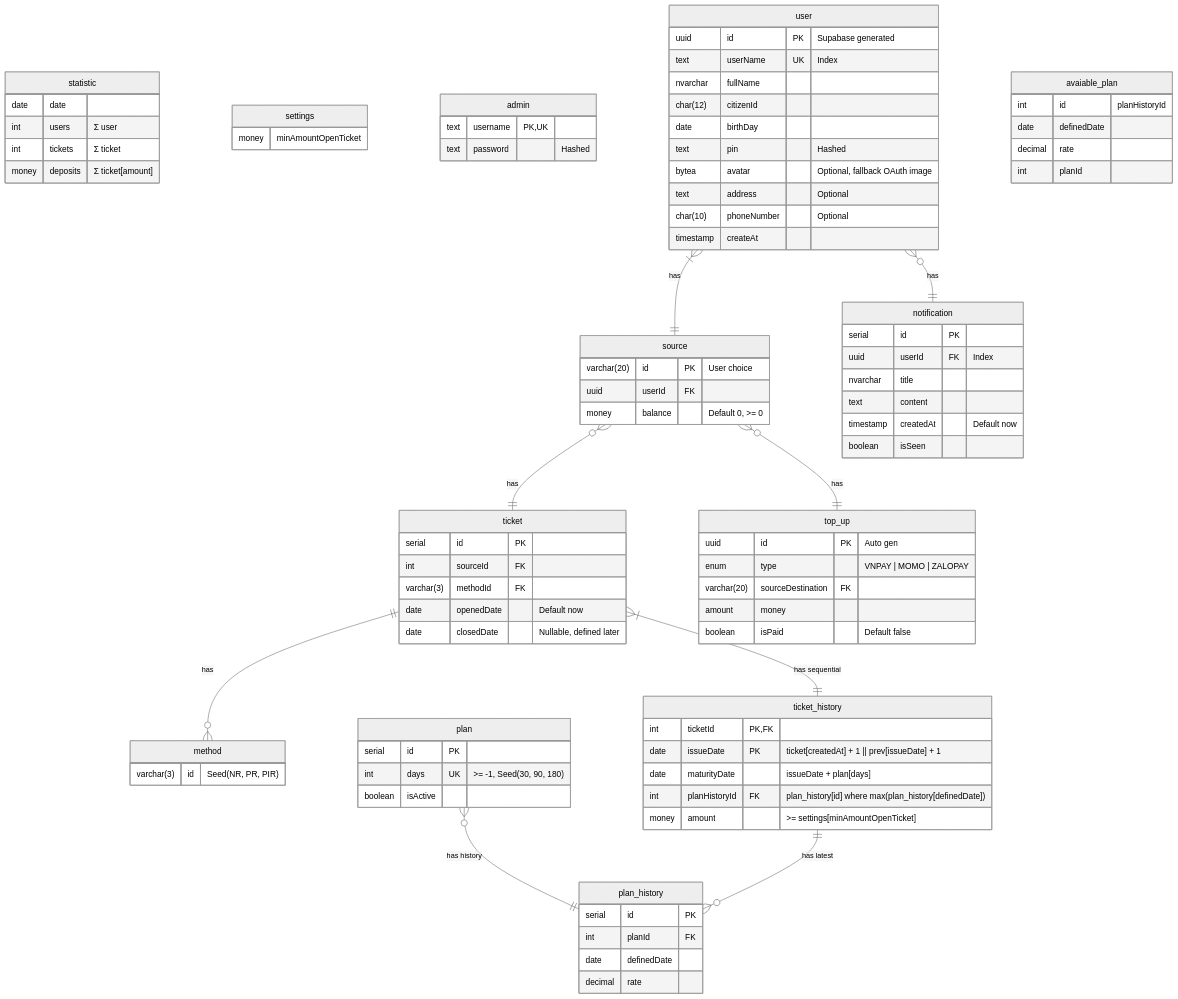
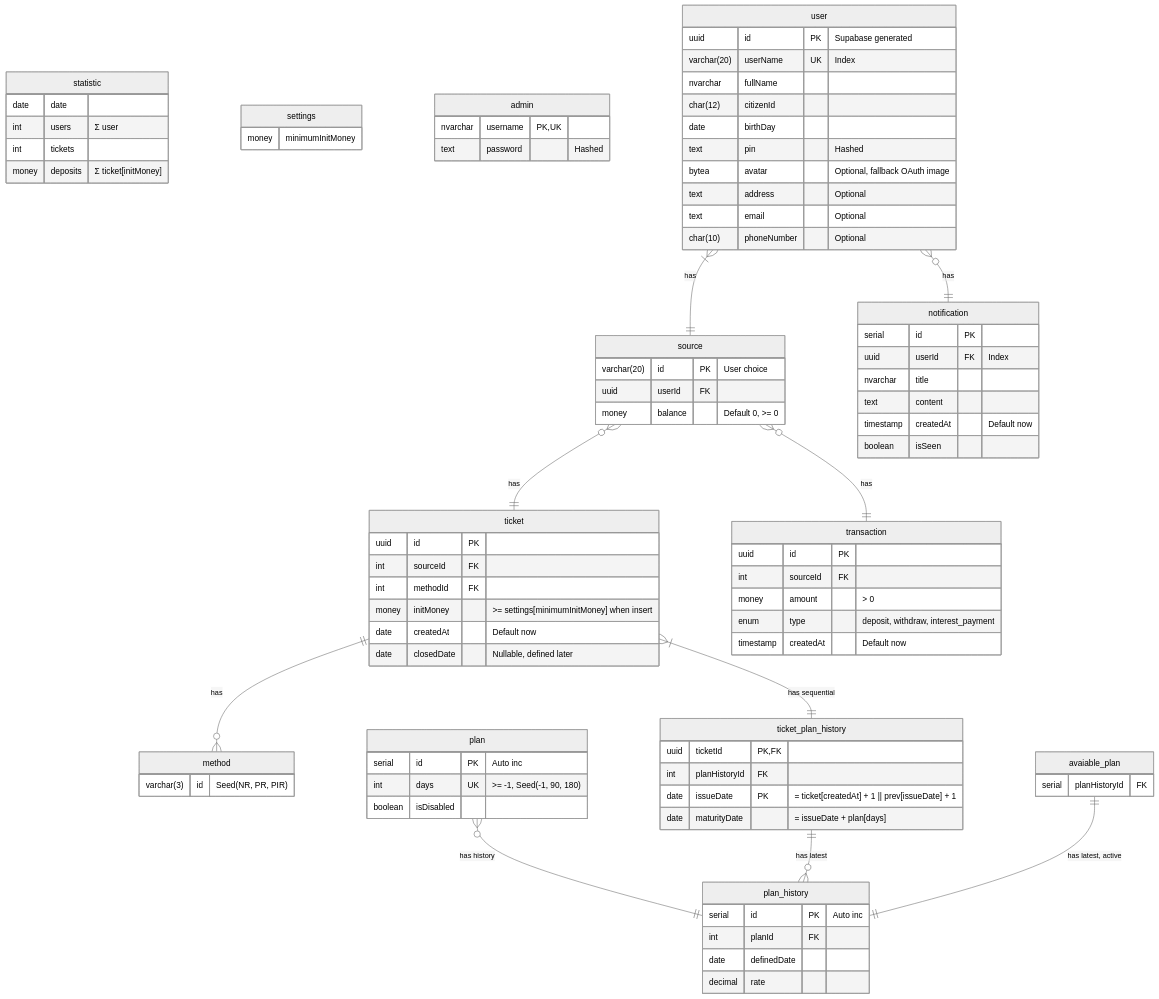
The diagram in docs/diagrams/database.md (coinhub-uit/coinhub-uit.github.io), drawn with Mermaid (neutral theme) before and after one commit. The commit also changed other lines of this file and 13 other files, not shown here.

Commit message:
feat: update architecture, split overall

````diff
--- a/docs/diagrams/database.md
+++ b/docs/diagrams/database.md
@@ -9,30 +9,30 @@
   statistic {
     date date
     int users "Σ user"
-    int tickets "Σ ticket"
-    money deposits "Σ ticket[amount]"
+    int tickets
+    money deposits "Σ ticket[initMoney]"
   }
 
   settings {
-    money minAmountOpenTicket
+    money minimumInitMoney
   }
 
   admin {
-    text username PK,UK
+    nvarchar username PK,UK
     text password "Hashed"
   }
 
   user {
     uuid id PK "Supabase generated"
-    text userName UK "Index"
+    varchar(20) userName UK "Index"
     nvarchar fullName
     char(12) citizenId
     date birthDay
     text pin "Hashed"
     bytea avatar "Optional, fallback OAuth image"
     text address "Optional"
+    text email "Optional"
     char(10) phoneNumber "Optional"
-    timestamp createAt
   }
 
   source {
@@ -42,36 +42,51 @@
   }
 
   method {
+    %% Non-renewal, principal rollover, principal & interest rollover
     varchar(3) id "Seed(NR, PR, PIR)"
   }
 
   plan_history {
-    serial id PK
+    serial id PK "Auto inc"
     int planId FK
     date definedDate
     decimal rate
   }
 
   ticket {
-    serial id PK
+    uuid id PK
     int sourceId FK
-    varchar(3) methodId FK
-    date openedDate "Default now"
+    int methodId FK
+    %% So what if I changed and there're other ... already, will be failed
+    money initMoney ">= settings[minimumInitMoney] when insert"
+    %% Calculate before return to client (not in DB)?
+    date createdAt "Default now"
     date closedDate "Nullable, defined later"
   }
 
-  ticket_history {
-    int ticketId PK,FK
-    date issueDate PK "ticket[createdAt] + 1 || prev[issueDate] + 1"
-    date maturityDate "issueDate + plan[days]"
-    int planHistoryId FK "plan_history[id] where max(plan_history[definedDate])"
-    money amount ">= settings[minAmountOpenTicket]"
+  ticket_plan_history {
+    uuid ticketId PK,FK
+    int planHistoryId FK
+    date issueDate PK "= ticket[createdAt] + 1 || prev[issueDate] + 1"
+    date maturityDate "= issueDate + plan[days]"
   }
 
   plan {
-    serial id PK
-    int days UK ">= -1, Seed(30, 90, 180)"
-    boolean isActive
+    serial id PK "Auto inc"
+    int days UK ">= -1, Seed(-1, 90, 180)"
+    boolean isDisabled
+  }
+
+  avaiable_plan {
+    serial planHistoryId FK
+  }
+
+  transaction {
+    uuid id PK
+    int sourceId FK
+    money amount "> 0"
+    enum type "deposit, withdraw, interest_payment"
+    timestamp createdAt "Default now"
   }
 
   notification {
@@ -83,27 +98,13 @@
     boolean isSeen
   }
 
-  avaiable_plan {
-    int id "planHistoryId"
-    date definedDate
-    decimal rate
-    int planId
-  }
-
-  top_up {
-    uuid id PK "Auto gen"
-    enum type "VNPAY | MOMO | ZALOPAY"
-    varchar(20) sourceDestination FK
-    amount money
-    boolean isPaid "Default false"
-  }
-
+  source }o--|| transaction : "has"
   user }o--|| notification : "has"
   user }|--|| source : "has"
   source }o--|| ticket : "has"
   ticket ||--o{ method : "has"
-  ticket }|--|| ticket_history : "has sequential"
+  ticket }|--|| ticket_plan_history : "has sequential"
   plan }o--|| plan_history : "has history"
-  ticket_history ||--}o plan_history : "has latest"
-  source }o--|| top_up : "has"
+  ticket_plan_history ||--}o plan_history : "has latest"
+  avaiable_plan ||--|| plan_history : "has latest, active"
 ```
````
